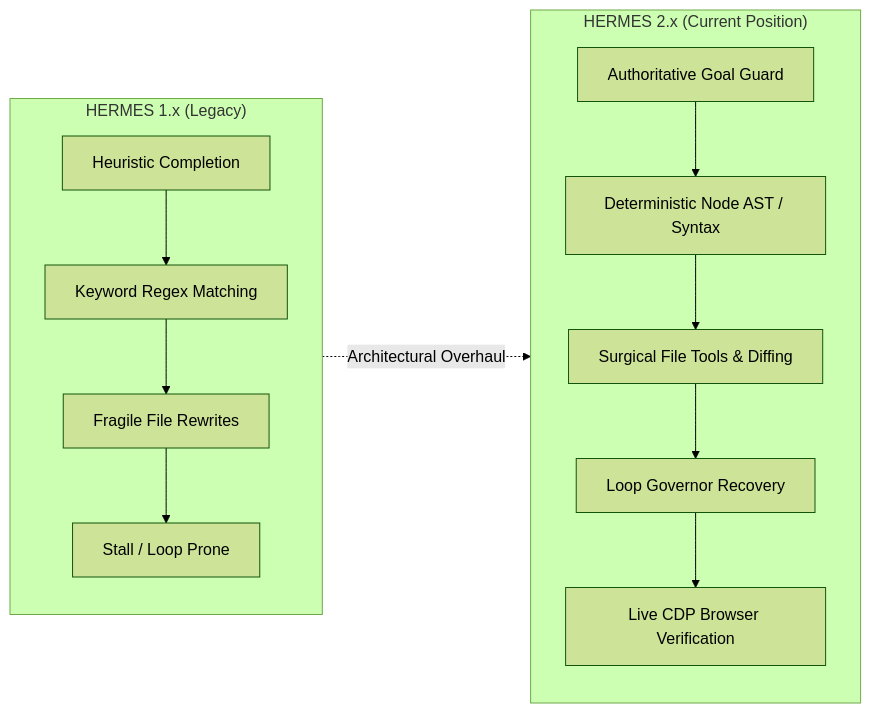
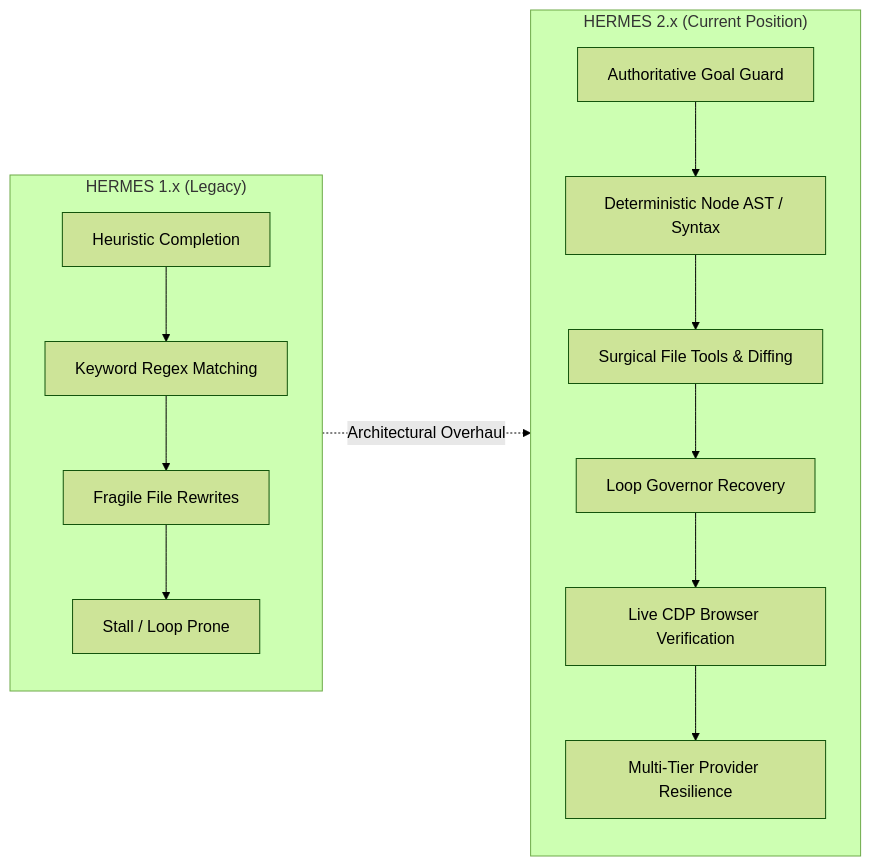
Before and after one commit to Subrahmanyeswar/hermes: the first of 3 diagrams in README.md, drawn with Mermaid (forest theme). The commit also changed other lines of this file and 13 other files, not shown here.

````diff
--- a/README.md
+++ b/README.md
@@ -29,19 +29,20 @@
 ```mermaid
 flowchart LR
     subgraph P1["HERMES 1.x (Legacy)"]
         direction TB
         A1["Heuristic Completion"] --> B1["Keyword Regex Matching"]
         B1 --> C1["Fragile File Rewrites"]
         C1 --> D1["Stall / Loop Prone"]
     end
 
     subgraph P2["HERMES 2.x (Current Position)"]
         direction TB
         A2["Authoritative Goal Guard"] --> B2["Deterministic Node AST / Syntax"]
         B2 --> C2["Surgical File Tools & Diffing"]
         C2 --> D2["Loop Governor Recovery"]
         D2 --> E2["Live CDP Browser Verification"]
+        E2 --> F2["Multi-Tier Provider Resilience"]
     end
 
     P1 -.->|Architectural Overhaul| P2
 ```
````
